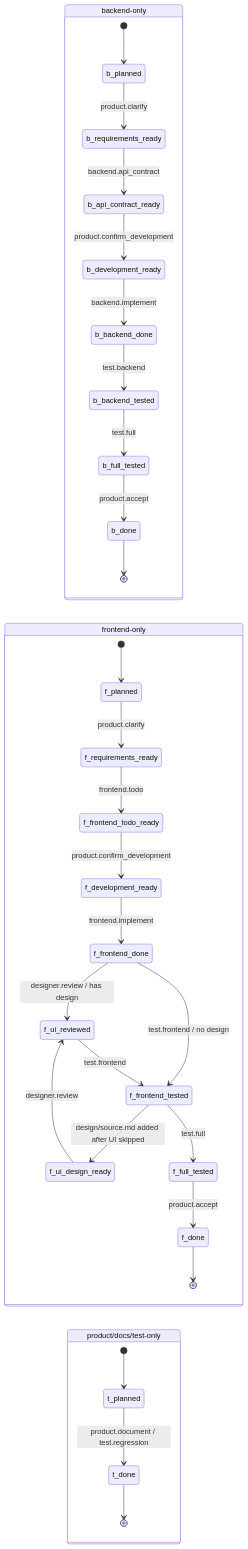
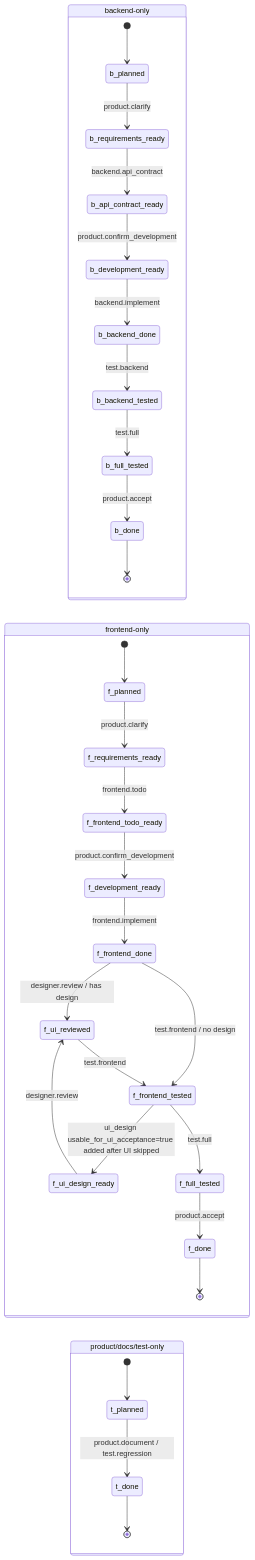
One commit to Jasmine-dong/skill_flow changed the fifth of 6 diagrams in docs/ARCHITECTURE.md. Above: the diagram before and after it, drawn with Mermaid. The commit also changed other lines of this file and 13 other files, not shown here.

````diff
--- a/docs/ARCHITECTURE.md
+++ b/docs/ARCHITECTURE.md
@@ -177,38 +177,38 @@
 ```mermaid
 stateDiagram-v2
   direction LR
 
   state "backend-only" as BackendOnly {
     [*] --> b_planned
     b_planned --> b_requirements_ready: product.clarify
     b_requirements_ready --> b_api_contract_ready: backend.api_contract
     b_api_contract_ready --> b_development_ready: product.confirm_development
     b_development_ready --> b_backend_done: backend.implement
     b_backend_done --> b_backend_tested: test.backend
     b_backend_tested --> b_full_tested: test.full
     b_full_tested --> b_done: product.accept
     b_done --> [*]
   }
 
   state "frontend-only" as FrontendOnly {
     [*] --> f_planned
     f_planned --> f_requirements_ready: product.clarify
     f_requirements_ready --> f_frontend_todo_ready: frontend.todo
     f_frontend_todo_ready --> f_development_ready: product.confirm_development
     f_development_ready --> f_frontend_done: frontend.implement
     f_frontend_done --> f_ui_reviewed: designer.review / has design
     f_frontend_done --> f_frontend_tested: test.frontend / no design
-    f_frontend_tested --> f_ui_design_ready: design/source.md added after UI skipped
+    f_frontend_tested --> f_ui_design_ready: ui_design usable_for_ui_acceptance=true added after UI skipped
     f_ui_design_ready --> f_ui_reviewed: designer.review
     f_ui_reviewed --> f_frontend_tested: test.frontend
     f_frontend_tested --> f_full_tested: test.full
     f_full_tested --> f_done: product.accept
     f_done --> [*]
   }
 
   state "product/docs/test-only" as TinyFlows {
     [*] --> t_planned
     t_planned --> t_done: product.document / test.regression
     t_done --> [*]
   }
 ```
````
